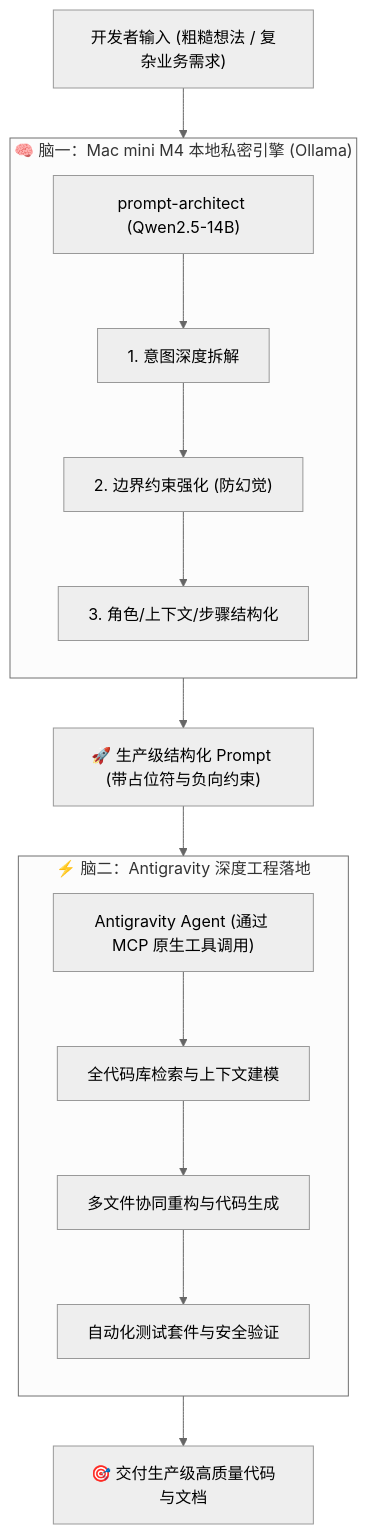
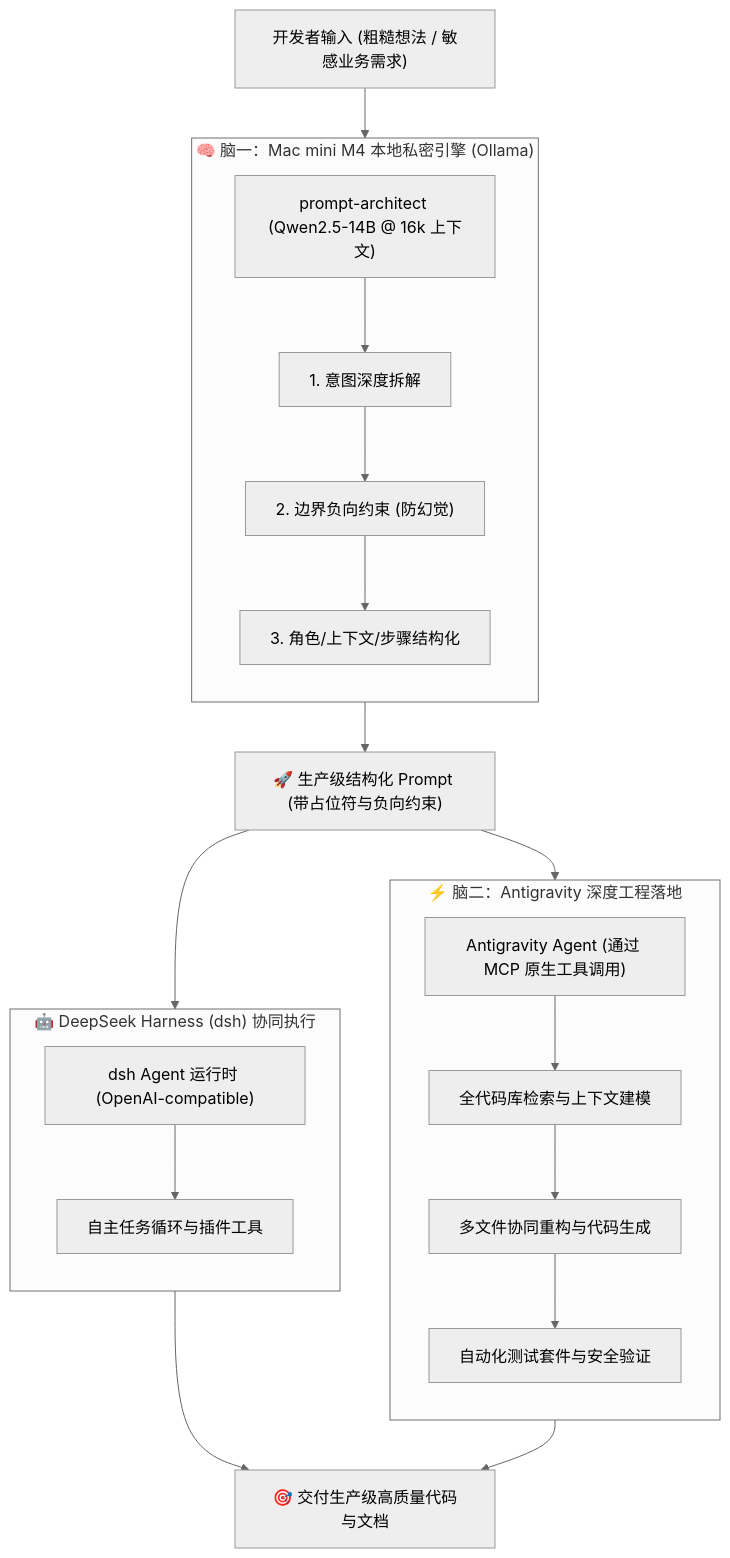
One commit to EcrosoftXiao/dual-brain-prompt changed the diagram in README.md. Above: the diagram before and after it, drawn with Mermaid (neutral theme). The commit also changed other lines of this file, not shown here.

Commit message:
docs: enrich README with DeepSeek Harness integration and M4 hardware tuning details

````diff
--- a/README.md
+++ b/README.md
@@ -10,28 +10,37 @@
 ```mermaid
 flowchart TD
-    User["开发者输入 (粗糙想法 / 复杂业务需求)"] --> LocalBrain
+    User["开发者输入 (粗糙想法 / 敏感业务需求)"] --> LocalBrain
     
     subgraph LocalBrain ["🧠 脑一：Mac mini M4 本地私密引擎 (Ollama)"]
         direction TB
-        M4Model["prompt-architect (Qwen2.5-14B)"]
+        M4Model["prompt-architect (Qwen2.5-14B @ 16k 上下文)"]
         Parse["1. 意图深度拆解"]
-        Rule["2. 边界约束强化 (防幻觉)"]
+        Rule["2. 边界负向约束 (防幻觉)"]
         Format["3. 角色/上下文/步骤结构化"]
         M4Model --> Parse --> Rule --> Format
     end
     
     Format --> CleanPrompt["🚀 生产级结构化 Prompt (带占位符与负向约束)"]
     
     CleanPrompt --> CloudBrain
+    CleanPrompt --> DSHAgent
     
     subgraph CloudBrain ["⚡ 脑二：Antigravity 深度工程落地"]
         direction TB
         AGY["Antigravity Agent (通过 MCP 原生工具调用)"]
         AGY_Read["全代码库检索与上下文建模"]
         AGY_Write["多文件协同重构与代码生成"]
         AGY_Test["自动化测试套件与安全验证"]
         AGY --> AGY_Read --> AGY_Write --> AGY_Test
     end
+
+    subgraph DSHAgent ["🤖 DeepSeek Harness (dsh) 协同执行"]
+        direction TB
+        DSH["dsh Agent 运行时 (OpenAI-compatible)"]
+        DSH_Loop["自主任务循环与插件工具"]
+        DSH --> DSH_Loop
+    end
     
     AGY_Test --> ProductionCode["🎯 交付生产级高质量代码与文档"]
+    DSH_Loop --> ProductionCode
 ```
````
